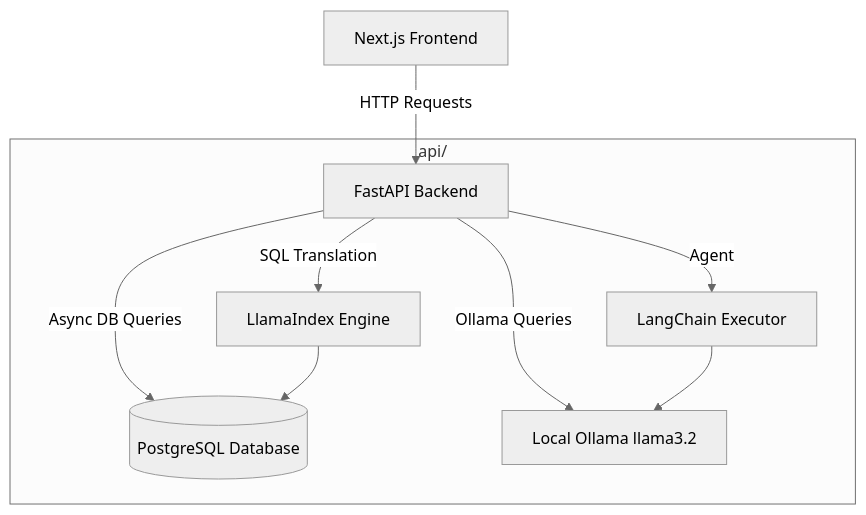
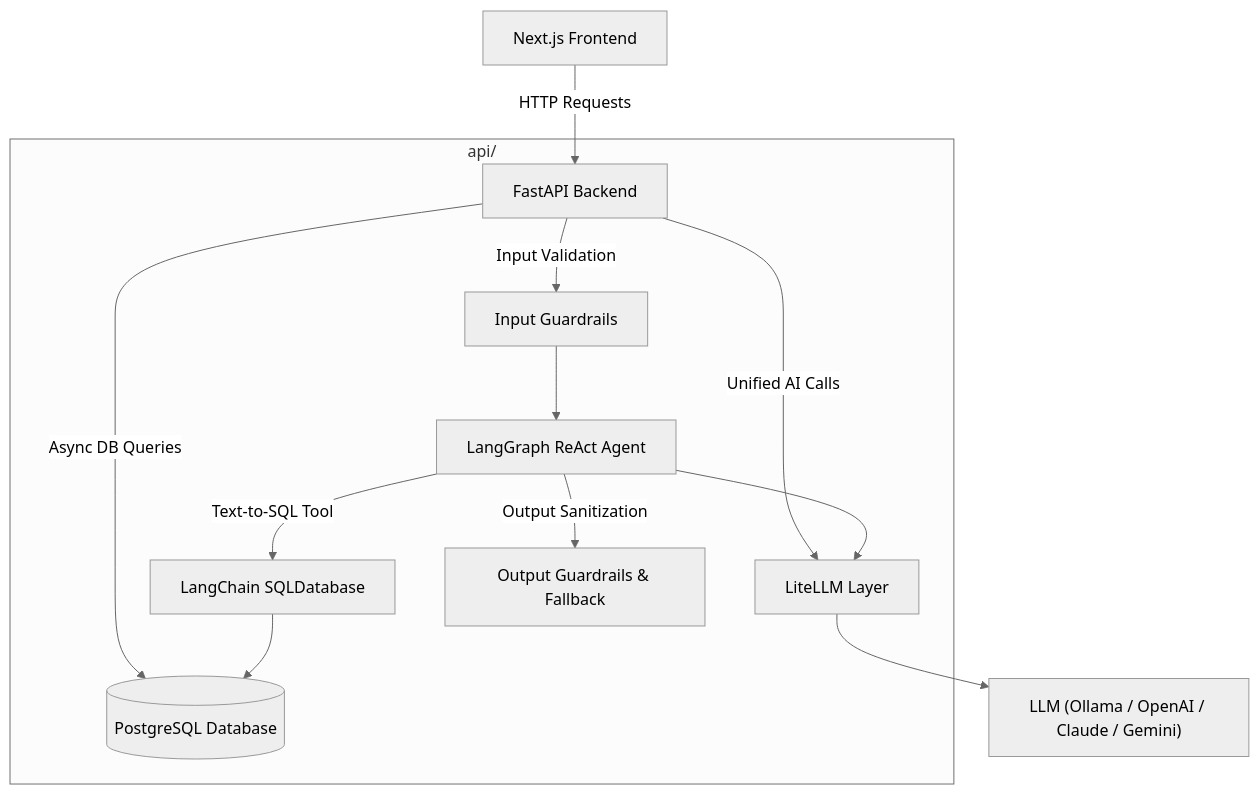
The diagram in README.md (radhofan/mekiki), drawn with Mermaid (neutral theme) before and after one commit. The commit also changed other lines of this file and 13 other files, not shown here.

````diff
--- a/README.md
+++ b/README.md
@@ -25,13 +25,16 @@
 ```mermaid
 graph TD
-    Client[Next.js Frontend] -->|HTTP Requests| API[FastAPI Backend]
-    API -->|Async DB Queries| DB[(PostgreSQL Database)]
-    API -->|Ollama Queries| LLM[Local Ollama llama3.2]
+    Client["Next.js Frontend"] -->|HTTP Requests| API["FastAPI Backend"]
+    API -->|Async DB Queries| DB[("PostgreSQL Database")]
+    API -->|Unified AI Calls| LiteLLM["LiteLLM Layer"]
+    LiteLLM --> LLM["LLM (Ollama / OpenAI / Claude / Gemini)"]
 
-    subgraph Backend [api/]
-        API -->|SQL Translation| LlamaIndex[LlamaIndex Engine]
-        API -->|Agent| LangChain[LangChain Executor]
-        LlamaIndex --> DB
-        LangChain --> LLM
+    subgraph Backend ["api/"]
+        API -->|Input Validation| GuardrailsIn["Input Guardrails"]
+        GuardrailsIn --> Agent["LangGraph ReAct Agent"]
+        Agent -->|Text-to-SQL Tool| SQLTool["LangChain SQLDatabase"]
+        SQLTool --> DB
+        Agent --> LiteLLM
+        Agent -->|Output Sanitization| GuardrailsOut["Output Guardrails & Fallback"]
     end
 ```
````
